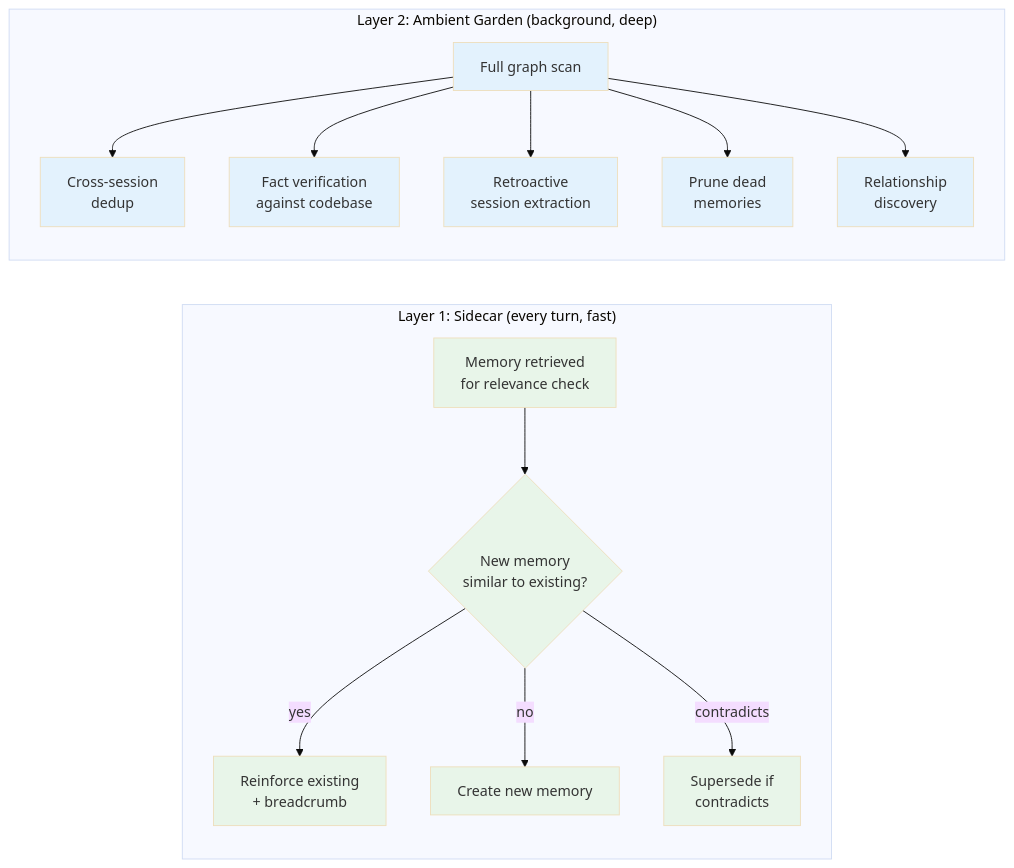
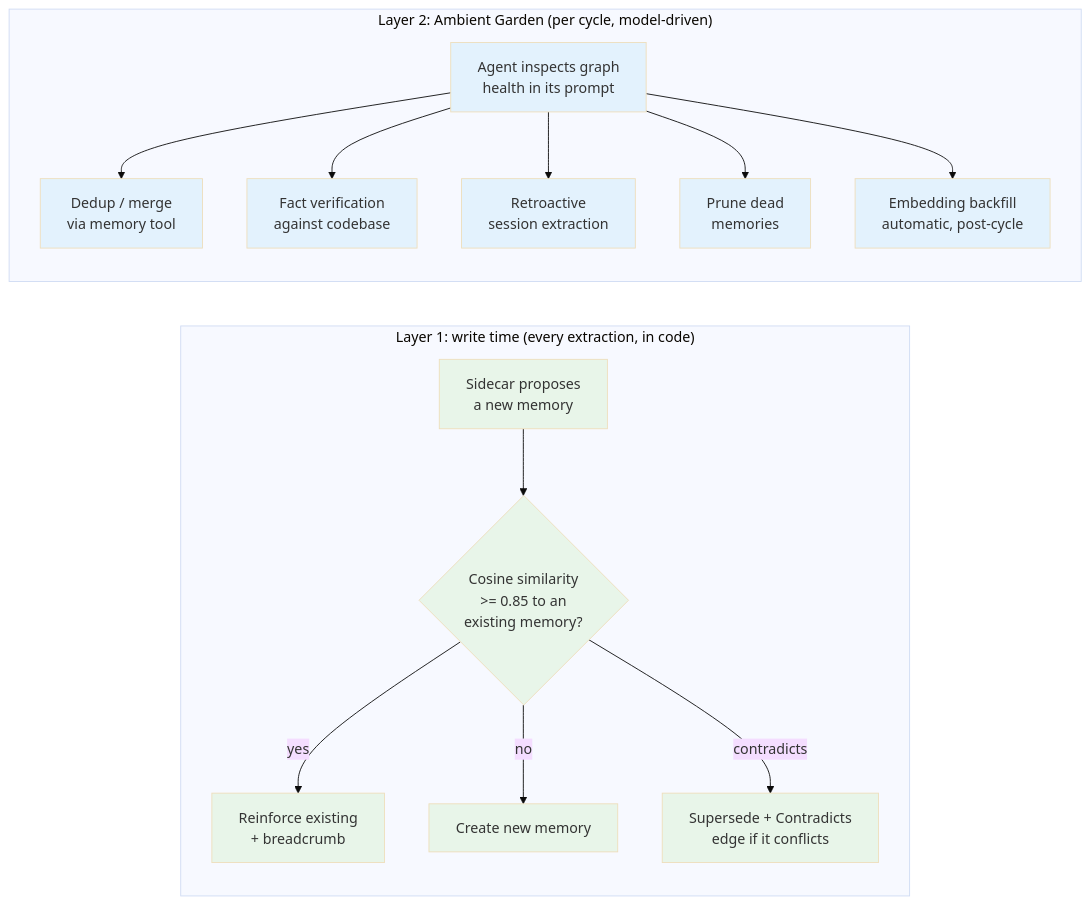
One commit to indrajeetadityaroy9/jcode changed the fourth of 8 diagrams in docs/AMBIENT_MODE.md. Above: the diagram before and after it, drawn with Mermaid (base theme). The commit also changed other lines of this file and 167 other files, not shown here.

````diff
--- a/docs/AMBIENT_MODE.md
+++ b/docs/AMBIENT_MODE.md
@@ -403,42 +506,42 @@
 ```mermaid
 graph LR
-    subgraph "Layer 1: Sidecar (every turn, fast)"
-        S1[Memory retrieved<br/>for relevance check]
-        S2{New memory<br/>similar to existing?}
+    subgraph "Layer 1: write time (every extraction, in code)"
+        S1[Sidecar proposes<br/>a new memory]
+        S2{Cosine similarity<br/>>= 0.85 to an<br/>existing memory?}
         S3[Reinforce existing<br/>+ breadcrumb]
         S4[Create new memory]
-        S5[Supersede if<br/>contradicts]
+        S5[Supersede + Contradicts<br/>edge if it conflicts]
     end
 
-    subgraph "Layer 2: Ambient Garden (background, deep)"
-        A1[Full graph scan]
-        A2[Cross-session<br/>dedup]
+    subgraph "Layer 2: Ambient Garden (per cycle, model-driven)"
+        A1[Agent inspects graph<br/>health in its prompt]
+        A2[Dedup / merge<br/>via memory tool]
         A3[Fact verification<br/>against codebase]
         A4[Retroactive<br/>session extraction]
         A5[Prune dead<br/>memories]
-        A6[Relationship<br/>discovery]
+        A6[Embedding backfill<br/>automatic, post-cycle]
     end
 
     S1 --> S2
     S2 -->|yes| S3
     S2 -->|no| S4
     S2 -->|contradicts| S5
 
     A1 --> A2
     A1 --> A3
     A1 --> A4
     A1 --> A5
     A1 --> A6
 
     style S1 fill:#e8f5e9
     style S2 fill:#e8f5e9
     style S3 fill:#e8f5e9
     style S4 fill:#e8f5e9
     style S5 fill:#e8f5e9
     style A1 fill:#e3f2fd
     style A2 fill:#e3f2fd
     style A3 fill:#e3f2fd
     style A4 fill:#e3f2fd
     style A5 fill:#e3f2fd
     style A6 fill:#e3f2fd
 ```
````
